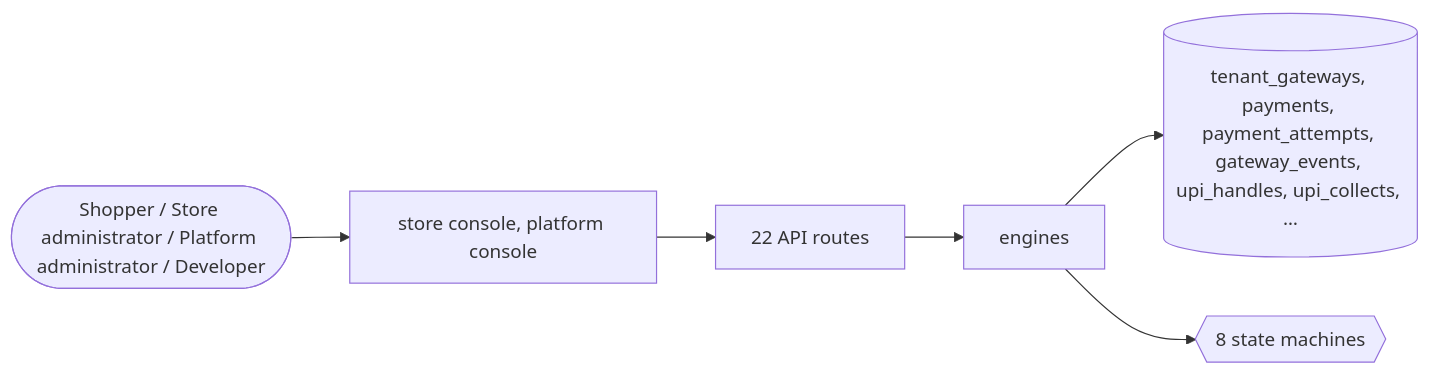
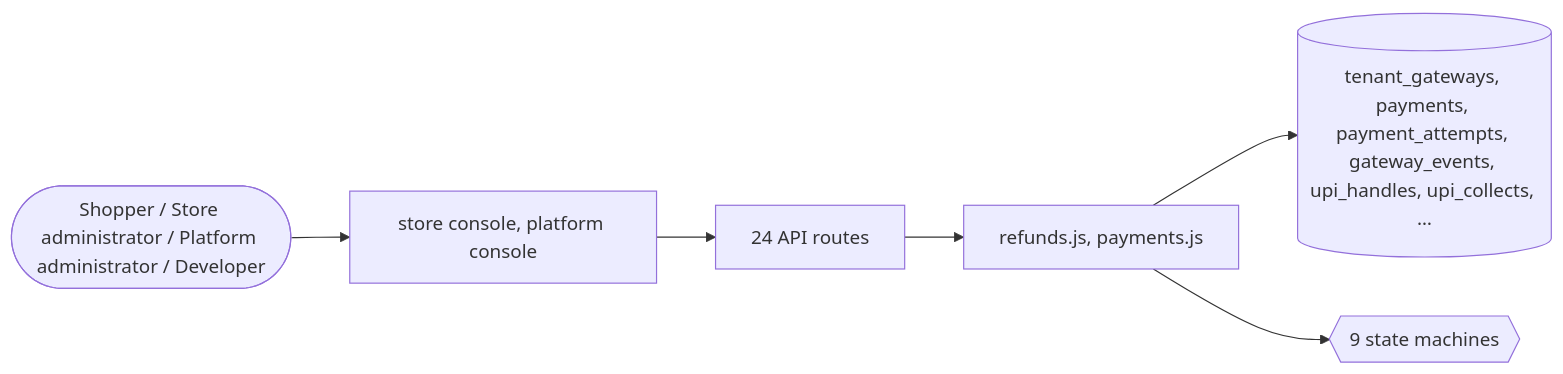
One commit to echelonxventures-Projects/universal-product changed the tenth of 10 diagrams in docs/domains/payments.md. Above: the diagram before and after it, drawn with Mermaid. The commit also changed other lines of this file and 49 other files, not shown here.

````diff
--- a/docs/domains/payments.md
+++ b/docs/domains/payments.md
@@ -369,8 +413,8 @@
 ```mermaid
 flowchart LR
   U([Shopper / Store administrator / Platform administrator / Developer]) --> UI[store console, platform console]
-  UI --> API[22 API routes]
-  API --> ENG[engines]
+  UI --> API[24 API routes]
+  API --> ENG[refunds.js, payments.js]
   ENG --> DB[(tenant_gateways, payments, payment_attempts, gateway_events, upi_handles, upi_collects, …)]
-  ENG --> SM{{8 state machines}}
+  ENG --> SM{{9 state machines}}
 ```
````
